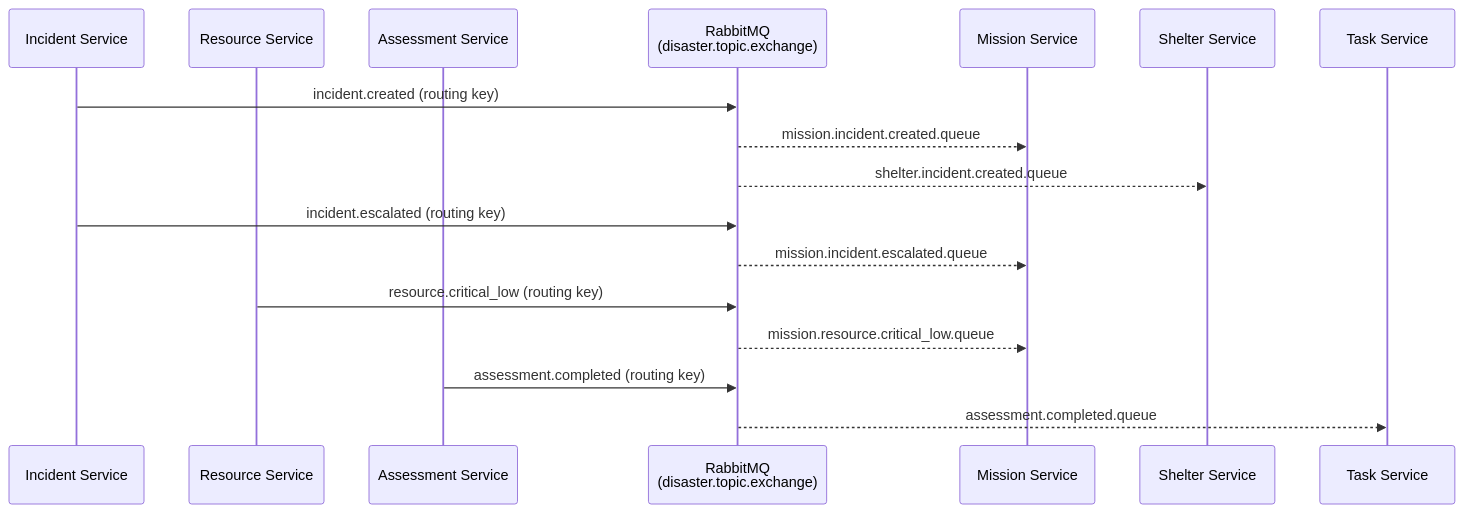
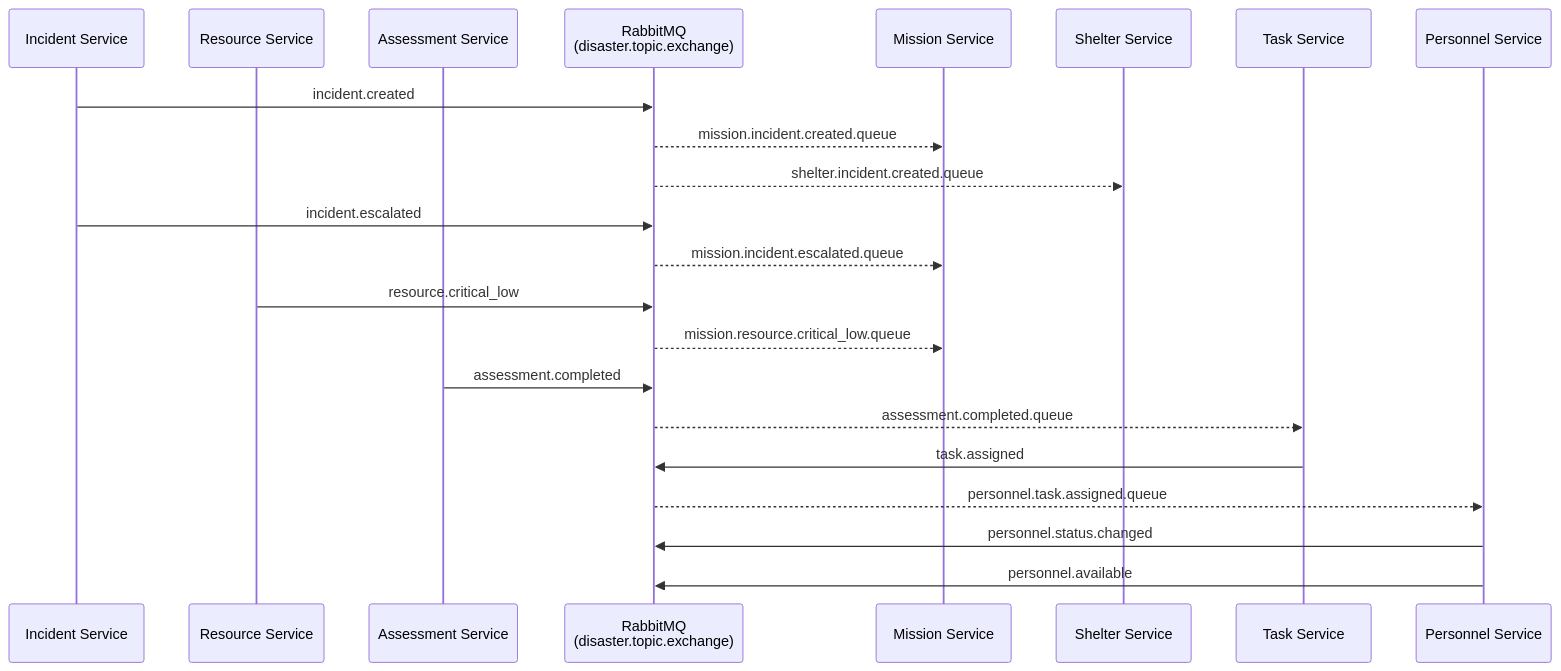
One commit to Adhishtanaka/DISA-MICROSERVICE changed the second of 2 diagrams in README.md. Above: the diagram before and after it, drawn with Mermaid. The commit also changed other lines of this file, not shown here.

````diff
--- a/README.md
+++ b/README.md
@@ -95,23 +166,30 @@
 ```mermaid
 sequenceDiagram
     participant INC as Incident Service
     participant RES as Resource Service
     participant ASS as Assessment Service
     participant RMQ as RabbitMQ<br/>(disaster.topic.exchange)
     participant MIS as Mission Service
     participant SHE as Shelter Service
     participant TSK as Task Service
+    participant PER as Personnel Service
 
-    INC->>RMQ: incident.created (routing key)
+    INC->>RMQ: incident.created
     RMQ-->>MIS: mission.incident.created.queue
     RMQ-->>SHE: shelter.incident.created.queue
 
-    INC->>RMQ: incident.escalated (routing key)
+    INC->>RMQ: incident.escalated
     RMQ-->>MIS: mission.incident.escalated.queue
 
-    RES->>RMQ: resource.critical_low (routing key)
+    RES->>RMQ: resource.critical_low
     RMQ-->>MIS: mission.resource.critical_low.queue
 
-    ASS->>RMQ: assessment.completed (routing key)
+    ASS->>RMQ: assessment.completed
     RMQ-->>TSK: assessment.completed.queue
+
+    TSK->>RMQ: task.assigned
+    RMQ-->>PER: personnel.task.assigned.queue
+
+    PER->>RMQ: personnel.status.changed
+    PER->>RMQ: personnel.available
 ```
````
